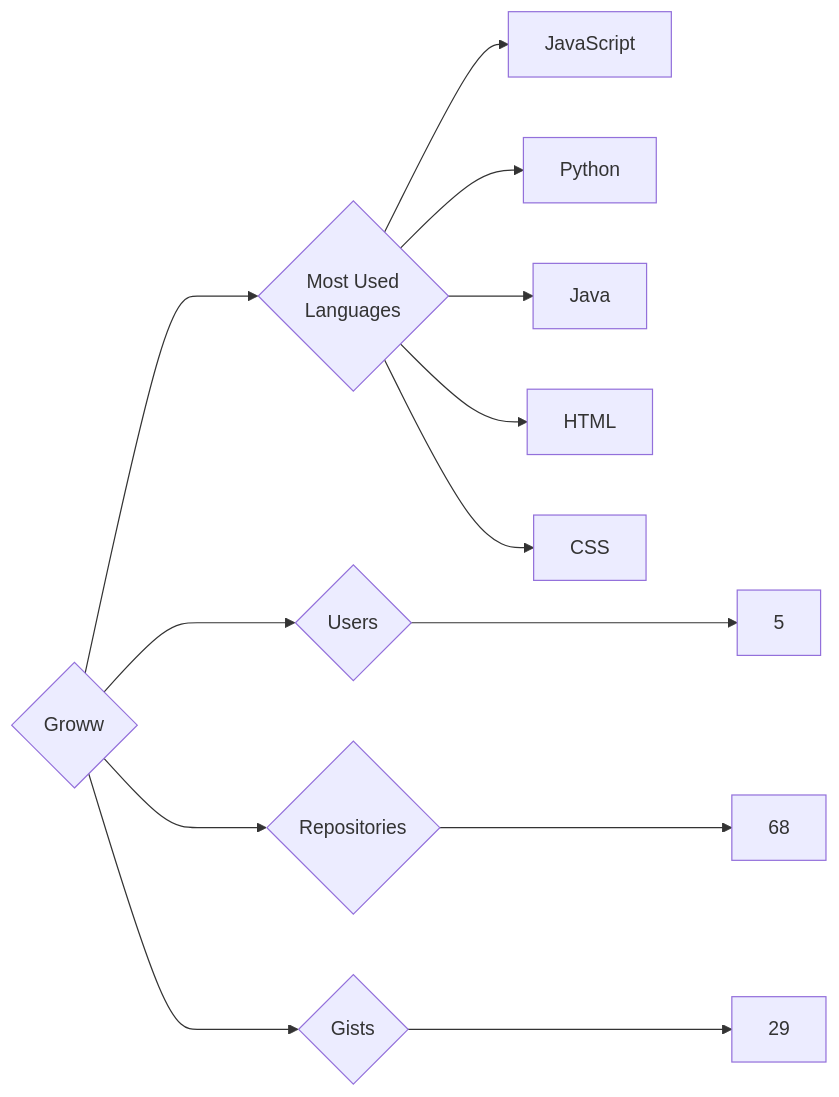
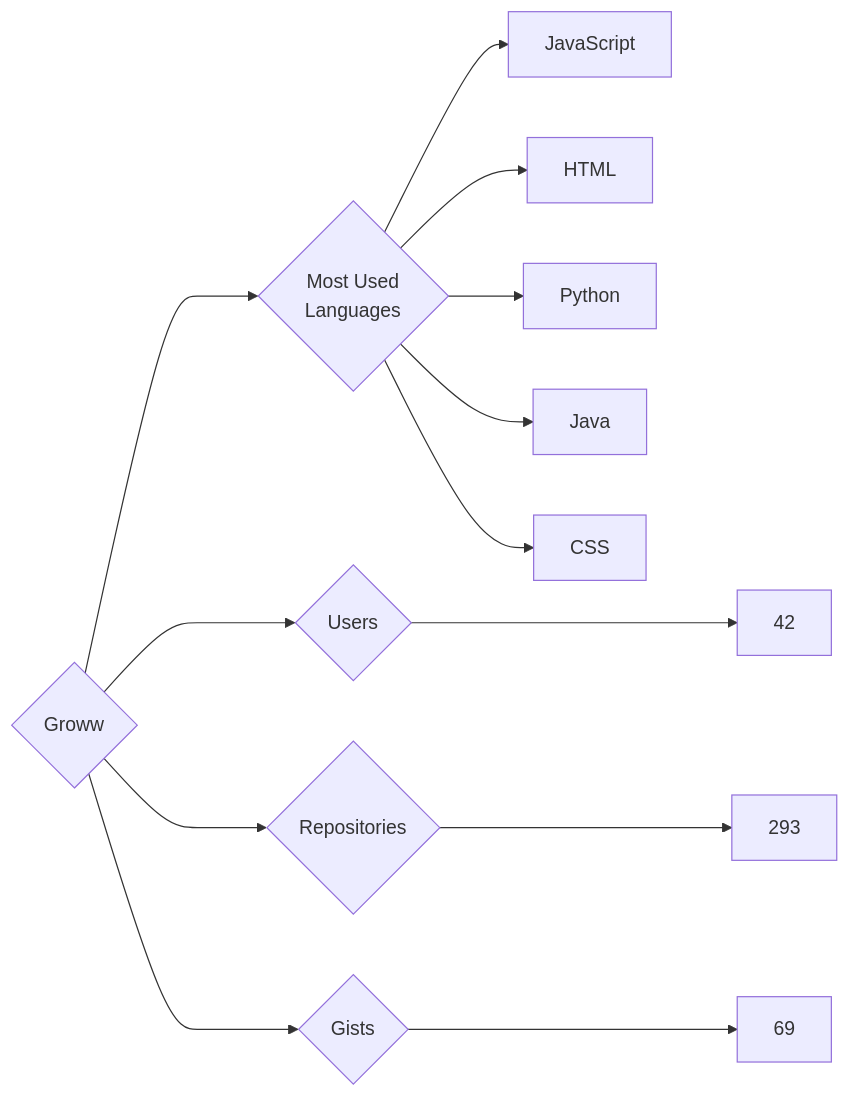
Before and after one commit to trickest/insiders: the diagram in targets/Groww/README.md, drawn with Mermaid. The commit also changed 924 other files, not shown here.

````diff
--- a/targets/Groww/README.md
+++ b/targets/Groww/README.md
@@ -3,13 +3,13 @@
 ```mermaid
 graph LR
 COMPANY_NAME{Groww}
-COMPANY_NAME ---> U{Users} ---> UN[5]
-COMPANY_NAME ---> R{Repositories} ---> RN[68]
-COMPANY_NAME ---> G{Gists} ---> GN[29]
+COMPANY_NAME ---> U{Users} ---> UN[42]
+COMPANY_NAME ---> R{Repositories} ---> RN[293]
+COMPANY_NAME ---> G{Gists} ---> GN[69]
 COMPANY_NAME ---> ML{Most Used<br>Languages}
 ML --> JavaScript[JavaScript]
+ML --> HTML[HTML]
 ML --> Python[Python]
 ML --> Java[Java]
-ML --> HTML[HTML]
 ML --> CSS[CSS]
 ```
````
